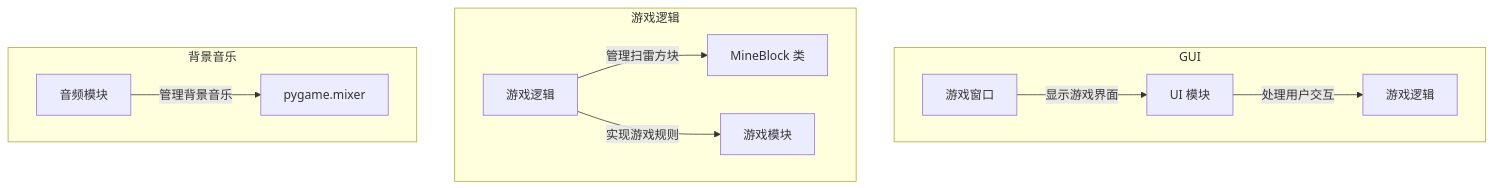
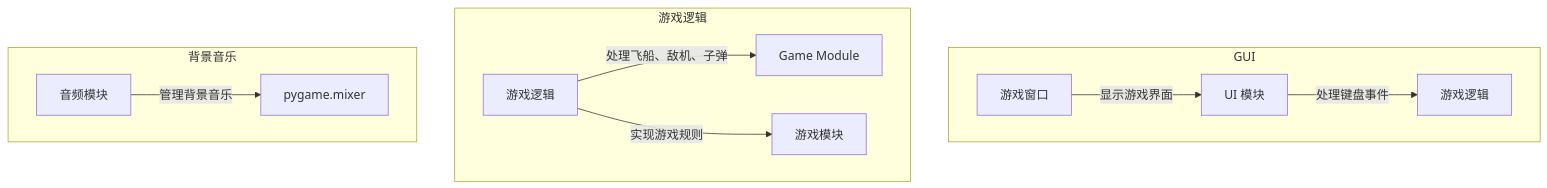
Before and after one commit to leonidluo/python_course: the diagram in project/project_report.md, drawn with Mermaid. The commit also changed other lines of this file and 51 other files, not shown here.

```````diff
--- a/project/project_report.md
+++ b/project/project_report.md
@@ -47,18 +47,16 @@
 ```mermaid
-
 graph TD
   subgraph GUI
     A["游戏窗口"] -->|显示游戏界面| B["UI 模块"]
-    B -->|处理用户交互| C["游戏逻辑"]
+    B -->|处理键盘事件| C["游戏逻辑"]
   end
 
   subgraph "游戏逻辑"
-    D["游戏逻辑"] -->|管理扫雷方块| E["MineBlock 类"]
+    D["游戏逻辑"] -->|处理飞船、敌机、子弹| E["Game Module"]
     D -->|实现游戏规则| F["游戏模块"]
   end
 
   subgraph "背景音乐"
     G["音频模块"] -->|管理背景音乐| H["pygame.mixer"]
   end
-
-``````
+```
```````
